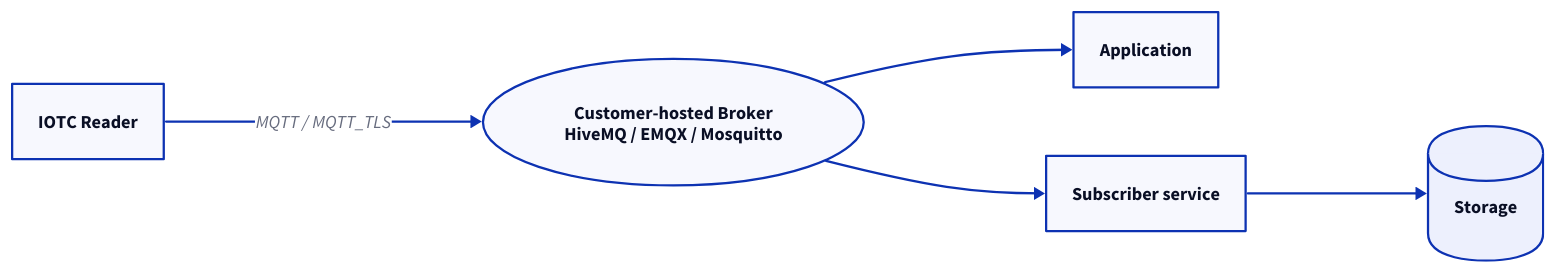
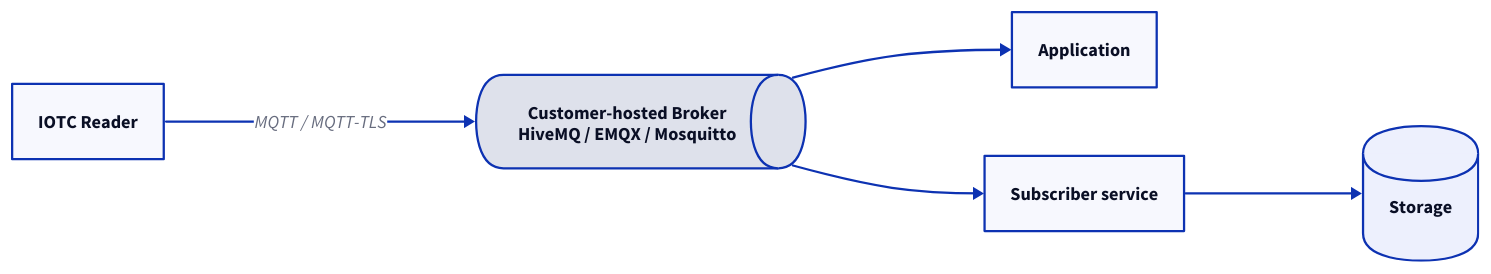
Before and after one commit to admiral-ai/zebra-handheld-rfid-iotc: the diagram in docs/fleet/cloud-integration/custom-broker.md, drawn with D2. The commit also changed 40 other files, not shown here.

First line of the commit message:
Redesign all 54 D2 diagrams to a unified visual system

````diff
--- a/docs/fleet/cloud-integration/custom-broker.md
+++ b/docs/fleet/cloud-integration/custom-broker.md
@@ -60,12 +60,13 @@
 ```d2
 direction: right
 R: IOTC Reader
-B: "Customer-hosted Broker\nHiveMQ / EMQX / Mosquitto" { shape: oval }
+B: "Customer-hosted Broker\nHiveMQ / EMQX / Mosquitto" { shape: queue }
 A1: Application
 S: Subscriber service
 Pe: Storage { shape: cylinder }
-R -> B: "MQTT / MQTT_TLS"
+R -> B: MQTT / MQTT-TLS
 B -> A1
 B -> S
 S -> Pe
+
 ```
````
